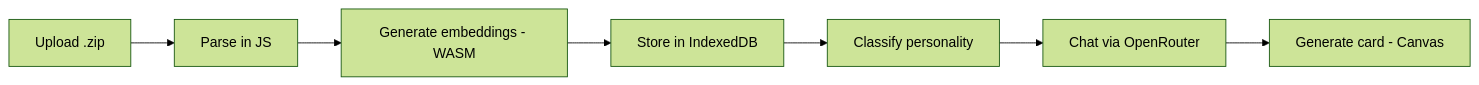
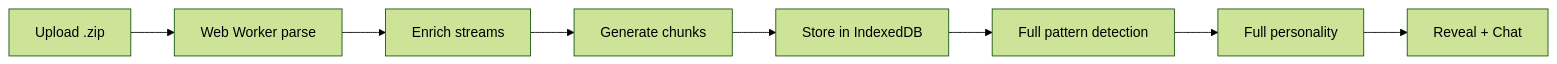
Before and after one commit to rhinos0608/rhythm-chamber: the second of 2 diagrams in docs/03-technical-architecture.md, drawn with Mermaid (forest theme). The commit also changed other lines of this file and 11 other files, not shown here.

````diff
--- a/docs/03-technical-architecture.md
+++ b/docs/03-technical-architecture.md
@@ -58,9 +97,10 @@
 ```mermaid
 flowchart LR
-    A[Upload .zip] --> B[Parse in JS]
-    B --> C[Generate embeddings - WASM]
-    C --> D[Store in IndexedDB]
-    D --> E[Classify personality]
-    E --> F[Chat via OpenRouter]
-    F --> G[Generate card - Canvas]
+    A[Upload .zip] --> B[Web Worker parse]
+    B --> C[Enrich streams]
+    C --> D[Generate chunks]
+    D --> E[Store in IndexedDB]
+    E --> F[Full pattern detection]
+    F --> G[Full personality]
+    G --> H[Reveal + Chat]
 ```
````
